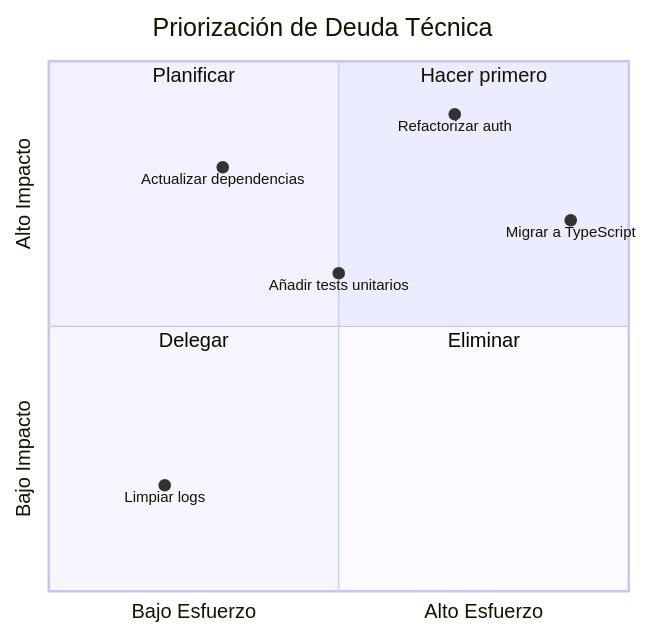
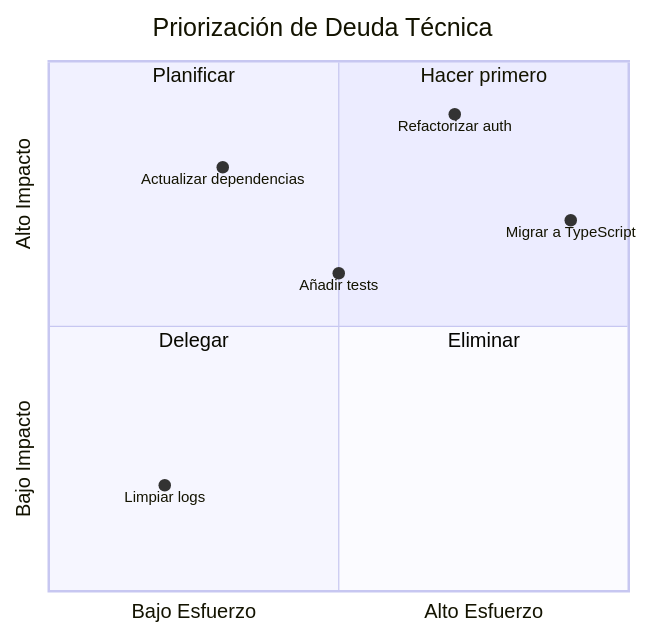
Diagram 12 of 16 in DIALOGO-PRESENTACION.md (angelnoelduranflorez/mermaid-presentation), drawn with Mermaid before and after one commit. The commit also changed other lines of this file and 2 other files, not shown here.

````diff
--- a/DIALOGO-PRESENTACION.md
+++ b/DIALOGO-PRESENTACION.md
@@ -669,15 +663,15 @@
 ```mermaid
 quadrantChart
     title Priorización de Deuda Técnica
     x-axis Bajo Esfuerzo --> Alto Esfuerzo
     y-axis Bajo Impacto --> Alto Impacto
     quadrant-1 Hacer primero
     quadrant-2 Planificar
     quadrant-3 Delegar
     quadrant-4 Eliminar
     Actualizar dependencias: [0.3, 0.8]
     Refactorizar auth: [0.7, 0.9]
     Migrar a TypeScript: [0.9, 0.7]
     Limpiar logs: [0.2, 0.2]
-    Añadir tests unitarios: [0.5, 0.6]
+    Añadir tests: [0.5, 0.6]
 ```
````
